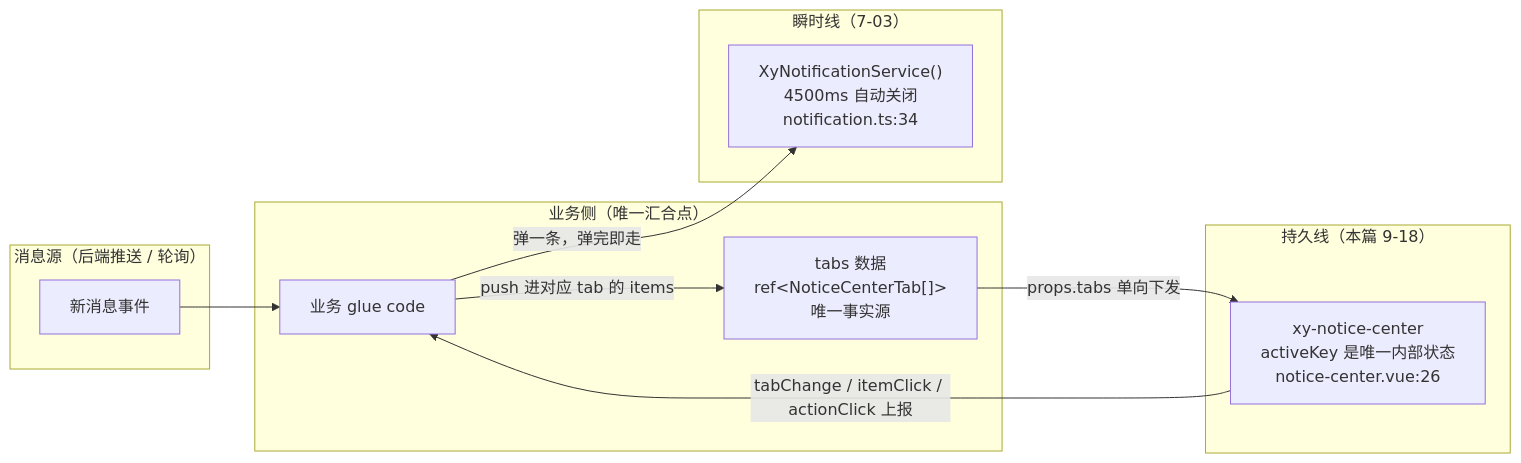
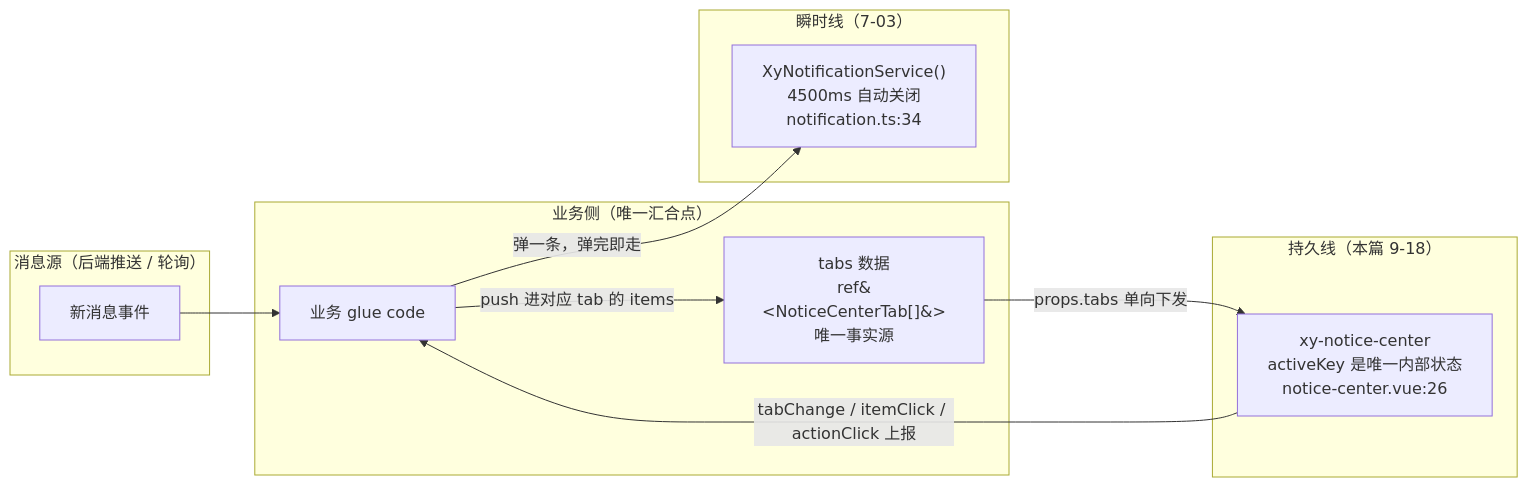
One commit to zhangzhengyang27/tech-codex changed the first of 4 diagrams in docs/14-组件库专栏/9-增强层pro-components/9-18-NoticeCenter-消息中心.md. Above: the diagram before and after it, drawn with Mermaid. The commit also changed 195 other files, not shown here.

````diff
--- a/docs/14-组件库专栏/9-增强层pro-components/9-18-NoticeCenter-消息中心.md
+++ b/docs/14-组件库专栏/9-增强层pro-components/9-18-NoticeCenter-消息中心.md
@@ -29,25 +29,25 @@
 ```mermaid
 flowchart LR
     subgraph SRC["消息源（后端推送 / 轮询）"]
         PUSH["新消息事件"]
     end
 
     subgraph BIZ["业务侧（唯一汇合点）"]
         GLUE["业务 glue code"]
-        STORE["tabs 数据<br/>ref&lt;NoticeCenterTab[]&gt;<br/>唯一事实源"]
+        STORE["tabs 数据<br/>ref&#60;NoticeCenterTab[]&#62;<br/>唯一事实源"]
     end
 
     subgraph INSTANT["瞬时线（7-03）"]
         SVC["XyNotificationService()<br/>4500ms 自动关闭<br/>notification.ts:34"]
     end
 
     subgraph PERSIST["持久线（本篇 9-18）"]
         NC["xy-notice-center<br/>activeKey 是唯一内部状态<br/>notice-center.vue:26"]
     end
 
     PUSH --> GLUE
     GLUE -->|"弹一条，弹完即走"| SVC
     GLUE -->|"push 进对应 tab 的 items"| STORE
     STORE -->|"props.tabs 单向下发"| NC
     NC -->|"tabChange / itemClick / actionClick 上报"| GLUE
 ```
````
